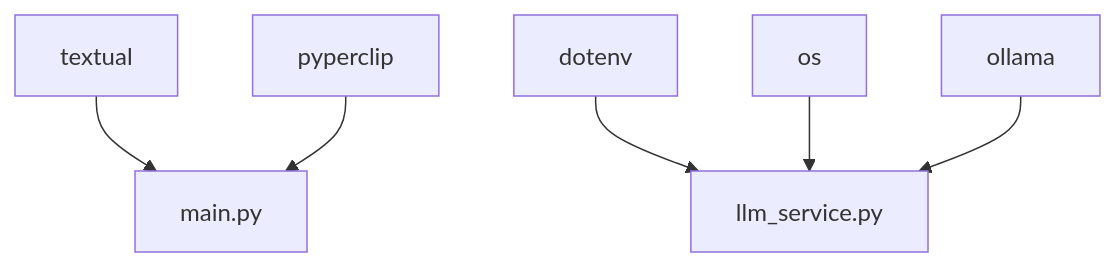
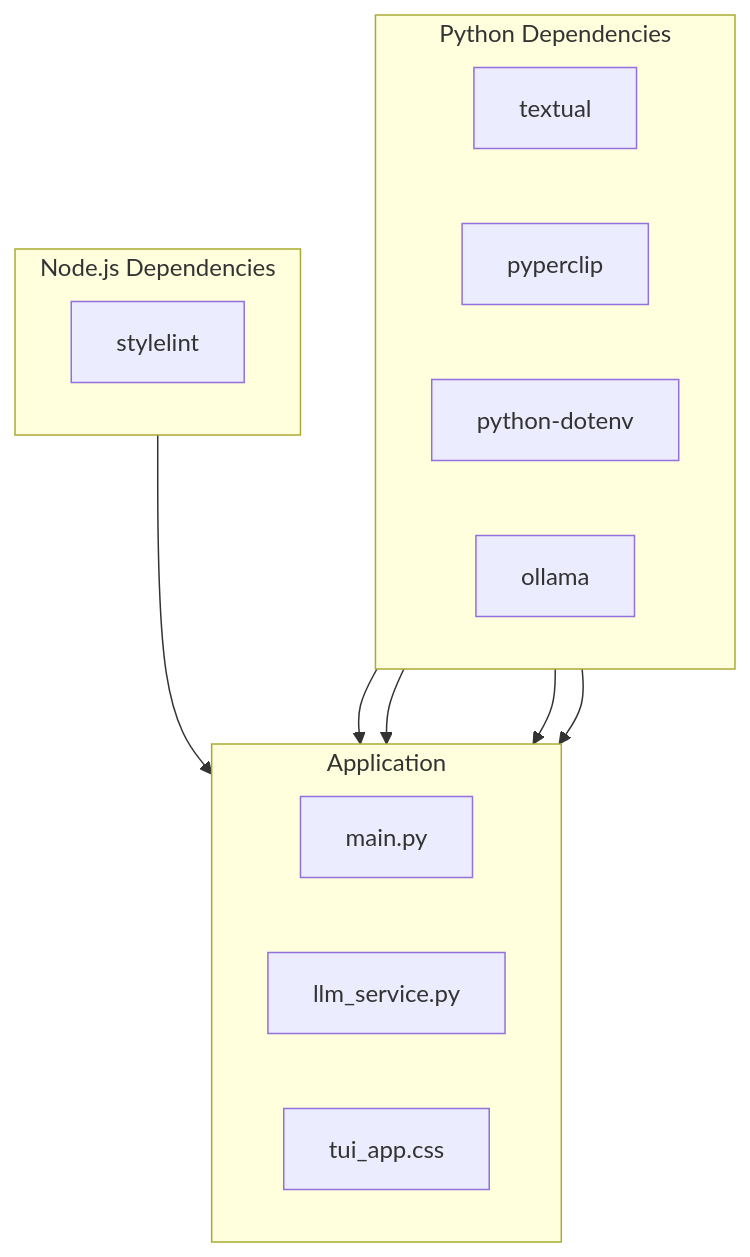
One commit to mlclifton/aipropos changed the third of 3 diagrams in solution_arch.md. Above: the diagram before and after it, drawn with Mermaid. The commit also changed other lines of this file and 2 other files, not shown here.

Commit message:
docs: Update architecture and create refactoring backlog
- Updates solution_arch.md to reflect the current codebase.
- Adds a backlog of potential refactoring tasks.
- Creates a detailed task list for REFACTOR_04.

````diff
--- a/solution_arch.md
+++ b/solution_arch.md
@@ -56,8 +71,28 @@
 ```mermaid
 graph TD
-    A[textual] --> B[main.py]
-    C[pyperclip] --> B
-    D[dotenv] --> E[llm_service.py]
-    F[os] --> E
-    G[ollama] --> E
+    subgraph Python Dependencies
+        direction LR
+        P1[textual]
+        P2[pyperclip]
+        P3[python-dotenv]
+        P4[ollama]
+    end
+
+    subgraph Node.js Dependencies
+        direction LR
+        N1[stylelint]
+    end
+
+    subgraph Application
+        direction LR
+        M[main.py]
+        L[llm_service.py]
+        T[tui_app.css]
+    end
+
+    P1 --> M
+    P2 --> M
+    P3 --> L
+    P4 --> L
+    N1 --> T
 ```
````
